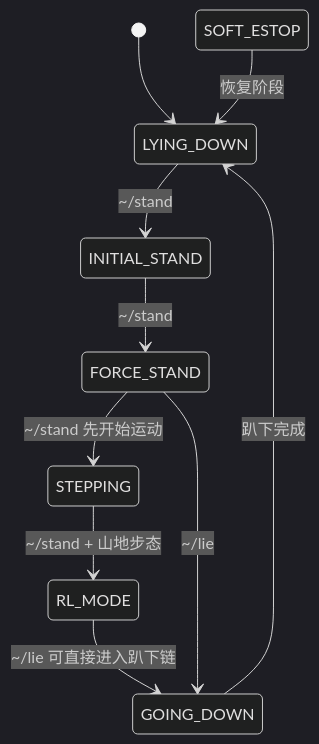
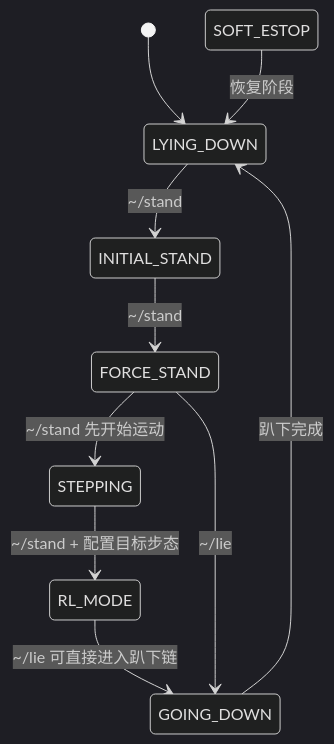
The second of 2 diagrams in README.md (ggbond-control/nav_bridge), drawn with Mermaid (dark theme) before and after one commit. The commit also changed other lines of this file and 6 other files, not shown here.

````diff
--- a/README.md
+++ b/README.md
@@ -420,15 +423,15 @@
 ```mermaid
 stateDiagram-v2
     [*] --> LYING_DOWN
 
     LYING_DOWN --> INITIAL_STAND: ~/stand
     INITIAL_STAND --> FORCE_STAND: ~/stand
     FORCE_STAND --> STEPPING: ~/stand 先开始运动
-    STEPPING --> RL_MODE: ~/stand + 山地步态
+    STEPPING --> RL_MODE: ~/stand + 配置目标步态
 
     RL_MODE --> GOING_DOWN: ~/lie 可直接进入趴下链
     FORCE_STAND --> GOING_DOWN: ~/lie
     GOING_DOWN --> LYING_DOWN: 趴下完成
 
     SOFT_ESTOP --> LYING_DOWN: 恢复阶段
 ```
````
